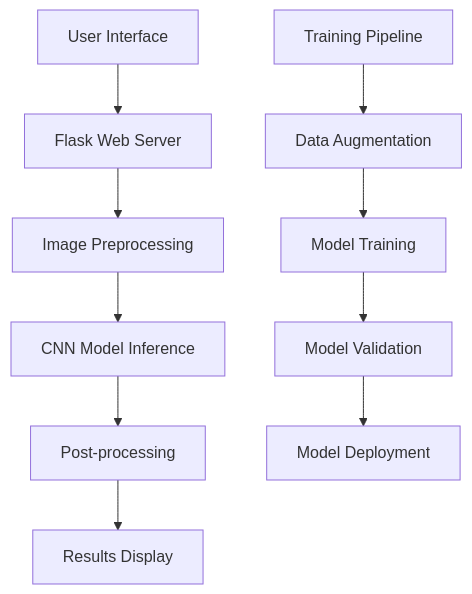
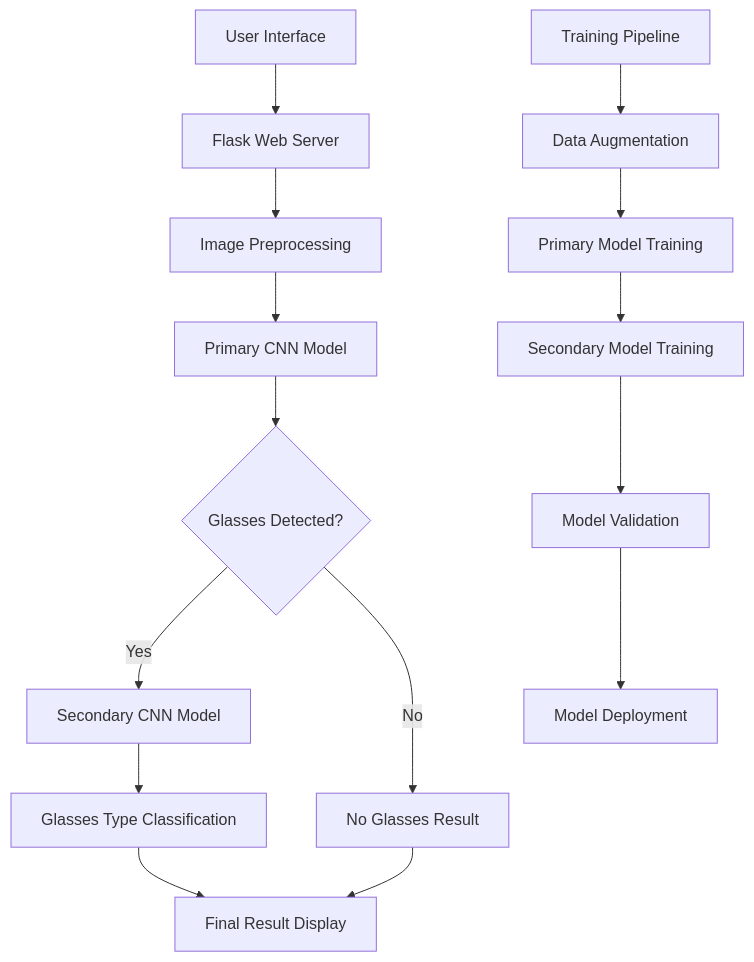
One commit to mertcaliskan34/EyewearSense changed the diagram in README.md. Above: the diagram before and after it, drawn with Mermaid. The commit also changed other lines of this file, not shown here.

Commit message:
Enhance README.md to reflect updates in detection capabilities, user experience, and technical architecture. Introduced a dual-model system for glasses detection and classification, improved API endpoints, and added details on model training processes and files.

````diff
--- a/README.md
+++ b/README.md
@@ -62,13 +63,18 @@
 ```mermaid
 graph TB
     A[User Interface] --> B[Flask Web Server]
     B --> C[Image Preprocessing]
-    C --> D[CNN Model Inference]
-    D --> E[Post-processing]
-    E --> F[Results Display]
+    C --> D[Primary CNN Model]
+    D --> E{Glasses Detected?}
+    E -->|Yes| F[Secondary CNN Model]
+    E -->|No| G[No Glasses Result]
+    F --> H[Glasses Type Classification]
+    H --> I[Final Result Display]
+    G --> I
     
-    G[Training Pipeline] --> H[Data Augmentation]
-    H --> I[Model Training]
-    I --> J[Model Validation]
-    J --> K[Model Deployment]
+    J[Training Pipeline] --> K[Data Augmentation]
+    K --> L[Primary Model Training]
+    L --> M[Secondary Model Training]
+    M --> N[Model Validation]
+    N --> O[Model Deployment]
 ```
````
